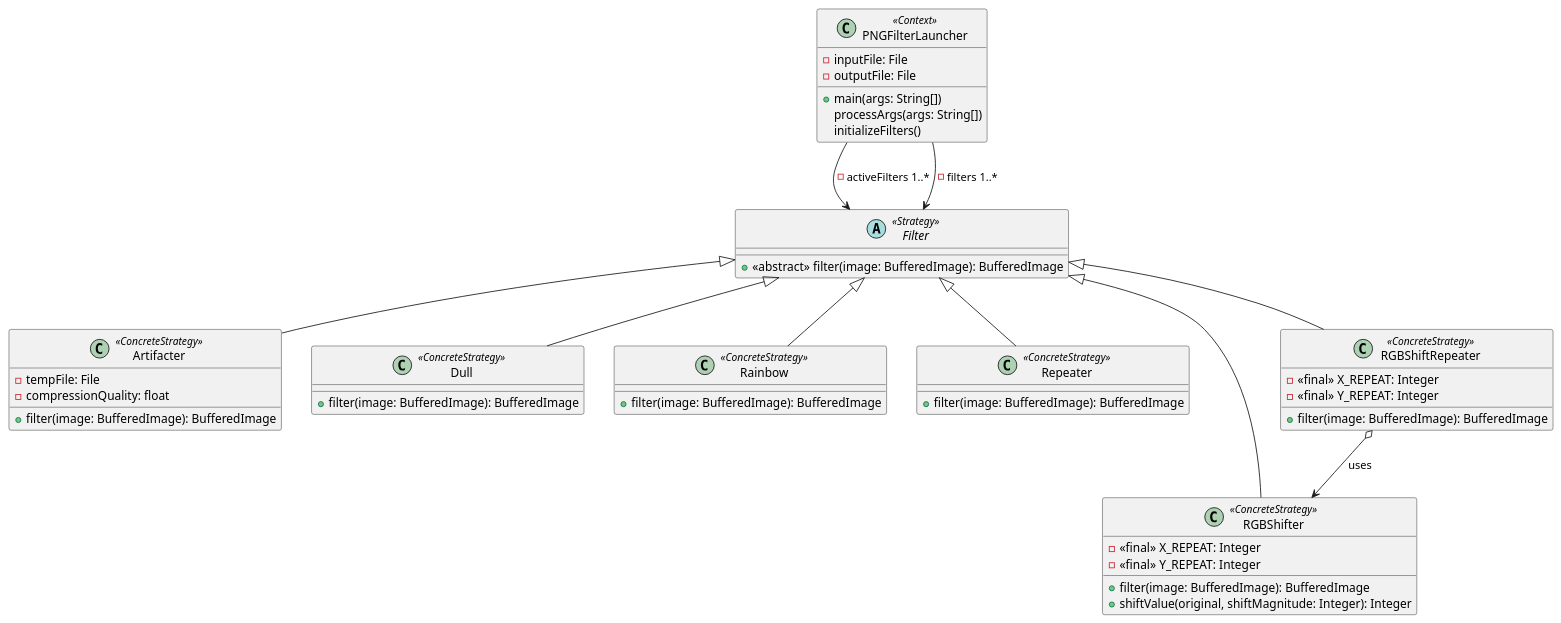
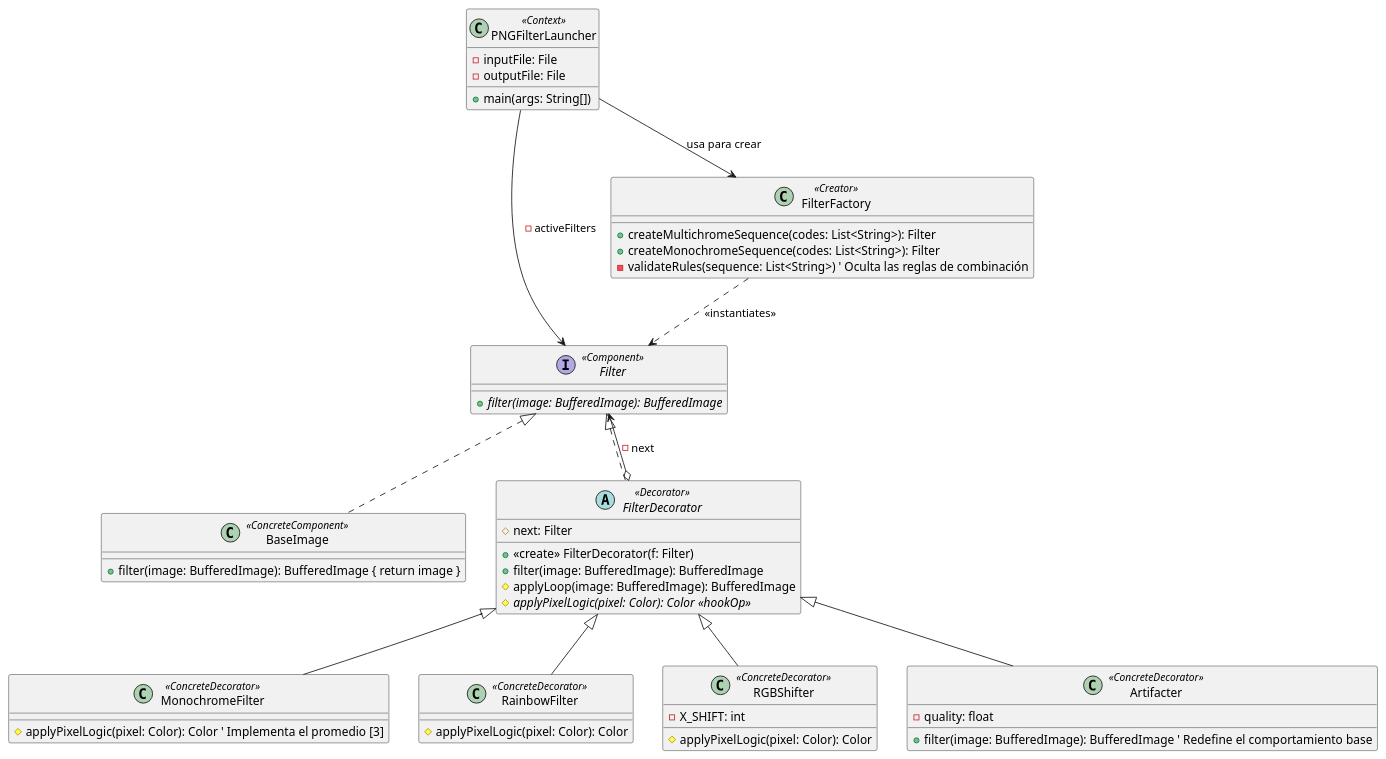
The diagram in Practicas/CuadernilloPatrones/Ejercicio22-Filtro-de-Imagenes/UML.puml (estanivege98/OO2), drawn with PlantUML before and after one commit. The commit also changed 6 other files, not shown here.

```diff
--- a/Practicas/CuadernilloPatrones/Ejercicio22-Filtro-de-Imagenes/UML.puml
+++ b/Practicas/CuadernilloPatrones/Ejercicio22-Filtro-de-Imagenes/UML.puml
@@ -1,49 +1,64 @@
 @startuml
-class PNGFilterLauncher<<Context>> {
--inputFile: File
--outputFile: File
-+main(args: String[])
-processArgs(args: String[])
-initializeFilters()
+
+' --- 1. COMPONENTE (Patrón Decorator) ---
+interface Filter <<Component>> {
+    + {abstract} filter(image: BufferedImage): BufferedImage
 }
 
-abstract Filter <<Strategy>> {
-+<<abstract>> filter(image: BufferedImage): BufferedImage
+' El objeto base que es envuelto
+class BaseImage <<ConcreteComponent>> implements Filter {
+    + filter(image: BufferedImage): BufferedImage { return image }
 }
 
-class Artifacter <<ConcreteStrategy>> {
--tempFile: File
--compressionQuality: float
-+filter(image: BufferedImage): BufferedImage
-}
-class Dull <<ConcreteStrategy>>{
-+filter(image: BufferedImage): BufferedImage
-}
-class Rainbow <<ConcreteStrategy>> {
-+filter(image: BufferedImage): BufferedImage
-}
-class Repeater <<ConcreteStrategy>> {
-+filter(image: BufferedImage): BufferedImage
-}
-class RGBShifter <<ConcreteStrategy>> {
--<<final>> X_REPEAT: Integer
--<<final>> Y_REPEAT: Integer
-+filter(image: BufferedImage): BufferedImage
-+shiftValue(original, shiftMagnitude: Integer): Integer
-}
-class RGBShiftRepeater <<ConcreteStrategy>> {
--<<final>> X_REPEAT: Integer
--<<final>> Y_REPEAT: Integer
-+filter(image: BufferedImage): BufferedImage
+' --- 2. DECORADOR BASE (Patrón Decorator) ---
+abstract class FilterDecorator <<Decorator>> implements Filter {
+    # next: Filter
+    + <<create>> FilterDecorator(f: Filter)
+    + filter(image: BufferedImage): BufferedImage
+    ' Frozen Spot: El bucle de píxeles
+    # applyLoop(image: BufferedImage): BufferedImage
+    ' Hot Spot: Lógica específica de cada filtro
+    # {abstract} applyPixelLogic(pixel: Color): Color <<hookOp>>
 }
 
-PNGFilterLauncher --> Filter : -activeFilters 1..*
-PNGFilterLauncher --> Filter : -filters 1..*
-Filter <|-- Artifacter
-Filter <|-- Dull
-Filter <|-- Rainbow
-Filter <|-- Repeater
-Filter <|-- RGBShifter
-Filter <|-- RGBShiftRepeater
-RGBShiftRepeater o--> RGBShifter : uses
+' --- 3. FILTROS CONCRETOS (Decoradores y Subclases de Template Method) ---
+class MonochromeFilter <<ConcreteDecorator>> extends FilterDecorator {
+    # applyPixelLogic(pixel: Color): Color ' Implementa el promedio [3]
+}
+
+class RainbowFilter <<ConcreteDecorator>> extends FilterDecorator {
+    # applyPixelLogic(pixel: Color): Color
+}
+
+class RGBShifter <<ConcreteDecorator>> extends FilterDecorator {
+    - X_SHIFT: int
+    # applyPixelLogic(pixel: Color): Color
+}
+
+class Artifacter <<ConcreteDecorator>> extends FilterDecorator {
+    - quality: float
+    + filter(image: BufferedImage): BufferedImage ' Redefine el comportamiento base
+}
+
+' --- 4. CREACIÓN (Patrón Factory Method) ---
+' Encapsula las reglas del ejercicio 22c [8, 10]
+class FilterFactory <<Creator>> {
+    + createMultichromeSequence(codes: List<String>): Filter
+    + createMonochromeSequence(codes: List<String>): Filter
+    - validateRules(sequence: List<String>) ' Oculta las reglas de combinación
+}
+
+' --- 5. CONTEXTO ---
+class PNGFilterLauncher <<Context>> {
+    - inputFile: File
+    - outputFile: File
+    + main(args: String[])
+}
+
+' Relaciones y Roles
+FilterDecorator o--> Filter : -next
+PNGFilterLauncher --> FilterFactory : usa para crear
+PNGFilterLauncher --> Filter : -activeFilters
+FilterFactory ..> Filter : <<instantiates>>
+
 @enduml
```
